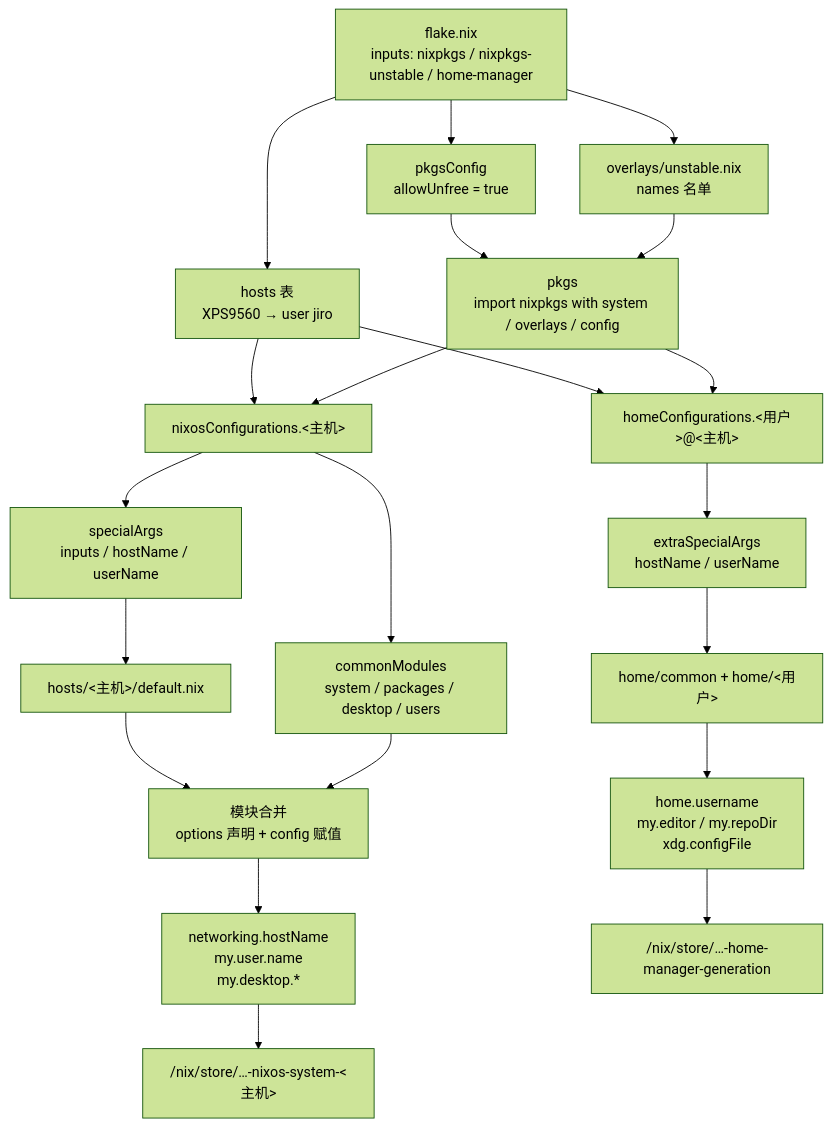
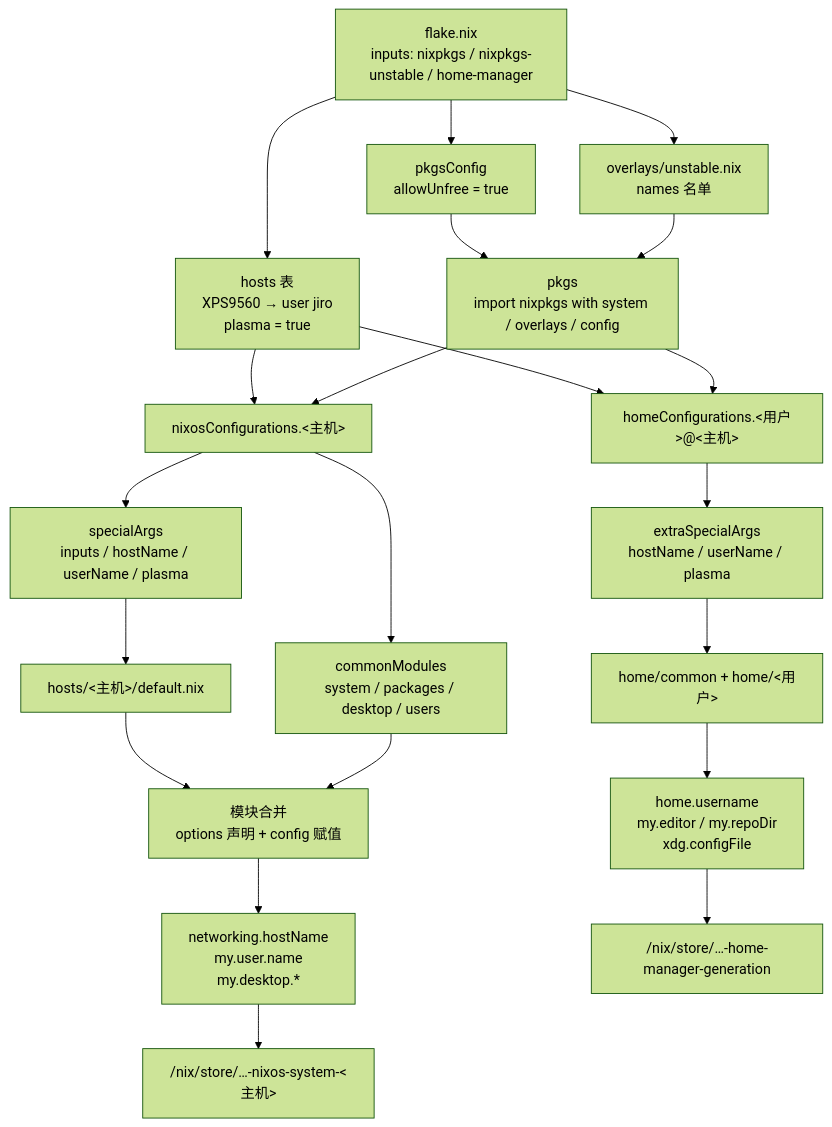
One commit to jjjenkinson/nixos-config changed the first of 4 diagrams in docs/guide.md. Above: the diagram before and after it, drawn with Mermaid (forest theme). The commit also changed other lines of this file and 23 other files, not shown here.

````diff
--- a/docs/guide.md
+++ b/docs/guide.md
@@ -24,37 +24,37 @@
 ```mermaid
 flowchart TD
     A["flake.nix<br/>inputs: nixpkgs / nixpkgs-unstable / home-manager"]
     B["pkgsConfig<br/>allowUnfree = true"]
     C["overlays/unstable.nix<br/>names 名单"]
     D["pkgs<br/>import nixpkgs with system / overlays / config"]
-    E["hosts 表<br/>XPS9560 → user jiro"]
+    E["hosts 表<br/>XPS9560 → user jiro<br/>plasma = true"]
     F["nixosConfigurations.&lt;主机&gt;"]
     G["homeConfigurations.&lt;用户&gt;@&lt;主机&gt;"]
-    H["specialArgs<br/>inputs / hostName / userName"]
+    H["specialArgs<br/>inputs / hostName / userName / plasma"]
     I["hosts/&lt;主机&gt;/default.nix"]
     J["commonModules<br/>system / packages / desktop / users"]
     K["模块合并<br/>options 声明 + config 赋值"]
     L["networking.hostName<br/>my.user.name<br/>my.desktop.*"]
     M["/nix/store/…-nixos-system-&lt;主机&gt;"]
-    N["extraSpecialArgs<br/>hostName / userName"]
+    N["extraSpecialArgs<br/>hostName / userName / plasma"]
     O["home/common + home/&lt;用户&gt;"]
     P["home.username<br/>my.editor / my.repoDir<br/>xdg.configFile"]
     Q["/nix/store/…-home-manager-generation"]
 
     A --> B
     A --> C
     A --> E
     B --> D
     C --> D
     E --> F
     E --> G
     D --> F
     D --> G
     F --> H --> I
     F --> J
     I --> K
     J --> K
     K --> L --> M
     G --> N --> O
     O --> P --> Q
 ```
````
